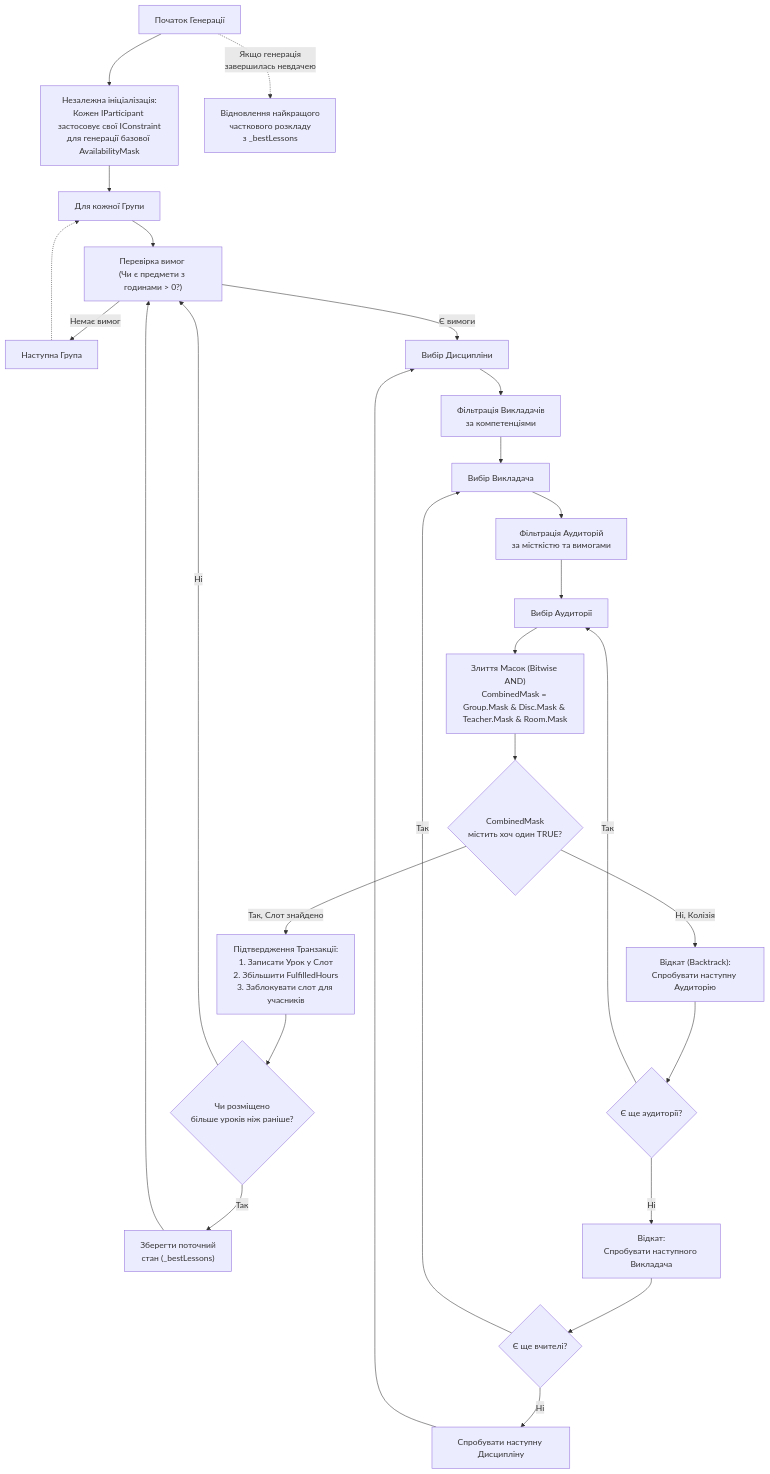
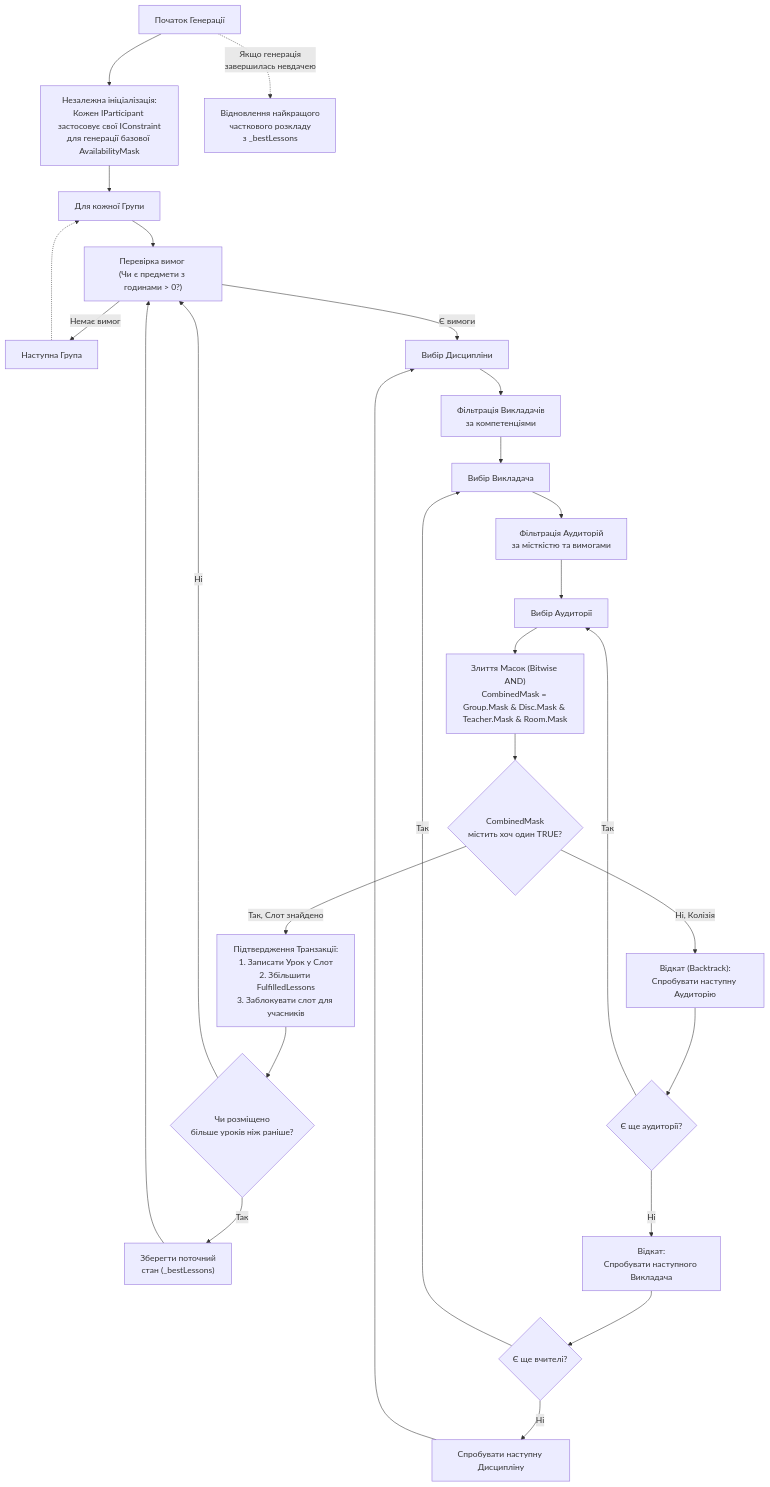
The third of 6 diagrams in README.md (WDYT32/Lab1MAUI), drawn with Mermaid before and after one commit. The commit also changed other lines of this file and 41 other files, not shown here.

````diff
--- a/README.md
+++ b/README.md
@@ -312,39 +312,39 @@
 ```mermaid
 flowchart TD
     Start["Початок Генерації"] --> InitMasks["Незалежна ініціалізація:<br/>Кожен IParticipant застосовує свої IConstraint<br/>для генерації базової AvailabilityMask"]
     
     InitMasks --> ForGroup["Для кожної Групи"]
     ForGroup --> CheckReq["Перевірка вимог <br/>(Чи є предмети з годинами > 0?)"]
     
     CheckReq -->|Немає вимог| NextGroup["Наступна Група"]
     NextGroup -.-> ForGroup
     
     CheckReq -->|Є вимоги| PickDiscipline["Вибір Дисципліни"]
     PickDiscipline --> FilterTeachers["Фільтрація Викладачів <br/> за компетенціями"]
     
     FilterTeachers --> PickTeacher["Вибір Викладача"]
     
     PickTeacher --> FilterRooms["Фільтрація Аудиторій <br/> за місткістю та вимогами"]
     FilterRooms --> PickRoom["Вибір Аудиторії"]
     
     PickRoom --> CombineMasks["Злиття Масок (Bitwise AND)<br/>CombinedMask = Group.Mask & Disc.Mask & Teacher.Mask & Room.Mask"]
     
     CombineMasks --> CheckTrue{"CombinedMask <br/> містить хоч один TRUE?"}
     
-    CheckTrue -->|Так, Слот знайдено| PlaceLesson["Підтвердження Транзакції:<br/>1. Записати Урок у Слот<br/>2. Збільшити FulfilledHours<br/>3. Заблокувати слот для учасників"]
+    CheckTrue -->|Так, Слот знайдено| PlaceLesson["Підтвердження Транзакції:<br/>1. Записати Урок у Слот<br/>2. Збільшити FulfilledLessons<br/>3. Заблокувати слот для учасників"]
     PlaceLesson --> UpdateBestState{"Чи розміщено <br/> більше уроків ніж раніше?"}
     UpdateBestState -->|Так| SaveBest["Зберегти поточний <br/> стан (_bestLessons)"]
     UpdateBestState -->|Ні| CheckReq
     SaveBest --> CheckReq
     
     CheckTrue -->|Ні, Колізія| BacktrackRoom["Відкат (Backtrack):<br/>Спробувати наступну Аудиторію"]
     BacktrackRoom --> CheckOtherRoom{"Є ще аудиторії?"}
     CheckOtherRoom -->|Так| PickRoom
     CheckOtherRoom -->|Ні| BacktrackTeacher["Відкат:<br/>Спробувати наступного Викладача"]
     BacktrackTeacher --> CheckOtherTeacher{"Є ще вчителі?"}
     CheckOtherTeacher -->|Так| PickTeacher
     CheckOtherTeacher -->|Ні| BacktrackDisc["Спробувати наступну Дисципліну"]
     BacktrackDisc --> PickDiscipline
     
     Start -.->|Якщо генерація<br/>завершилась невдачею| RestorePartial["Відновлення найкращого<br/>часткового розкладу<br/>з _bestLessons"]
 ```
````
